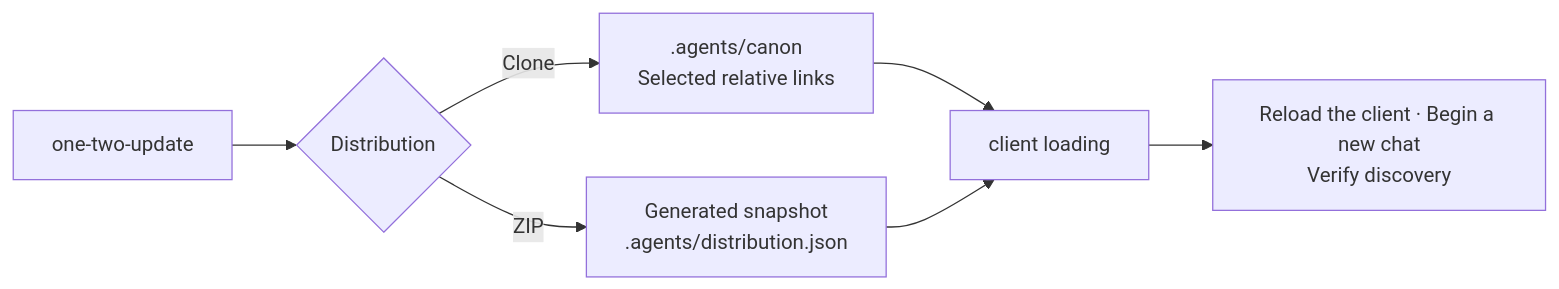
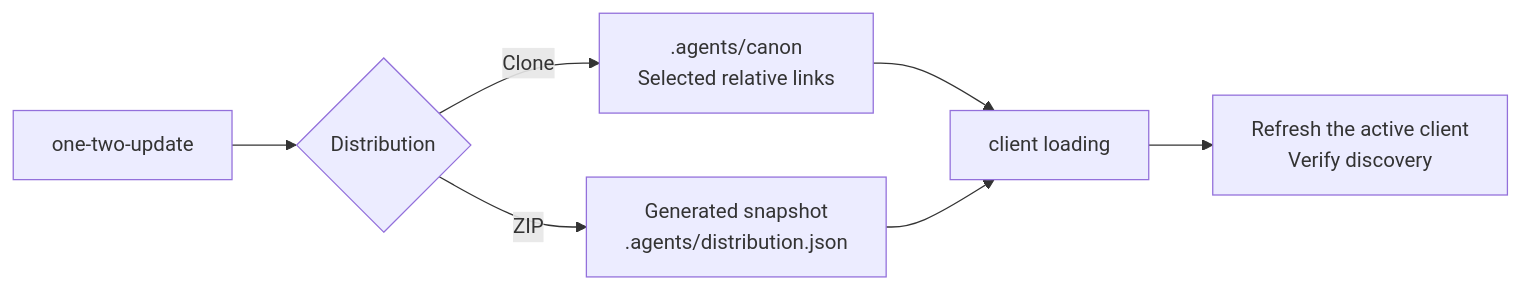
The third of 4 diagrams in README.md (cangrejometralleta/OneTwoThree), drawn with Mermaid before and after one commit. The commit also changed 3 other files, not shown here.

Commit message:
Refresh skills in the active client

````diff
--- a/README.md
+++ b/README.md
@@ -287,9 +287,9 @@
 ```mermaid
 flowchart LR
     UPDATE["one-two-update"] --> FORMAT{"Distribution"}
     FORMAT -- "Clone" --> CLONE[".agents/canon<br/>Selected relative links"]
     FORMAT -- "ZIP" --> ZIP["Generated snapshot<br/>.agents/distribution.json"]
     CLONE --> RELOAD["client loading"]
     ZIP --> RELOAD
-    RELOAD --> VERIFY["Reload the client · Begin a new chat<br/>Verify discovery"]
+    RELOAD --> VERIFY["Refresh the active client<br/>Verify discovery"]
 ```
````
